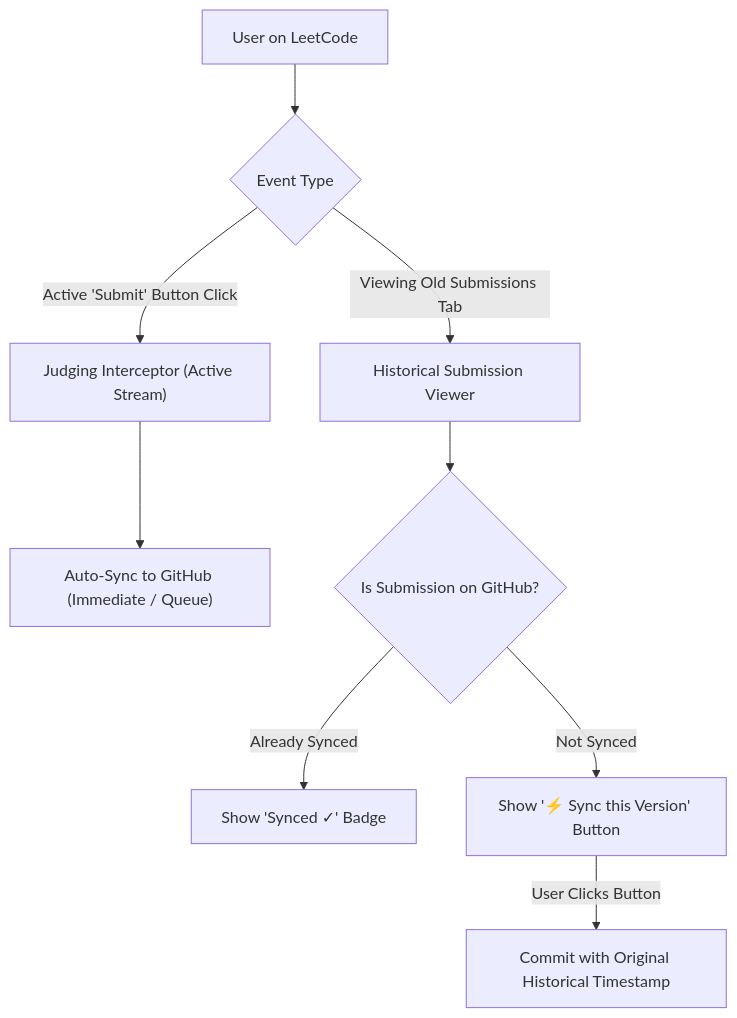
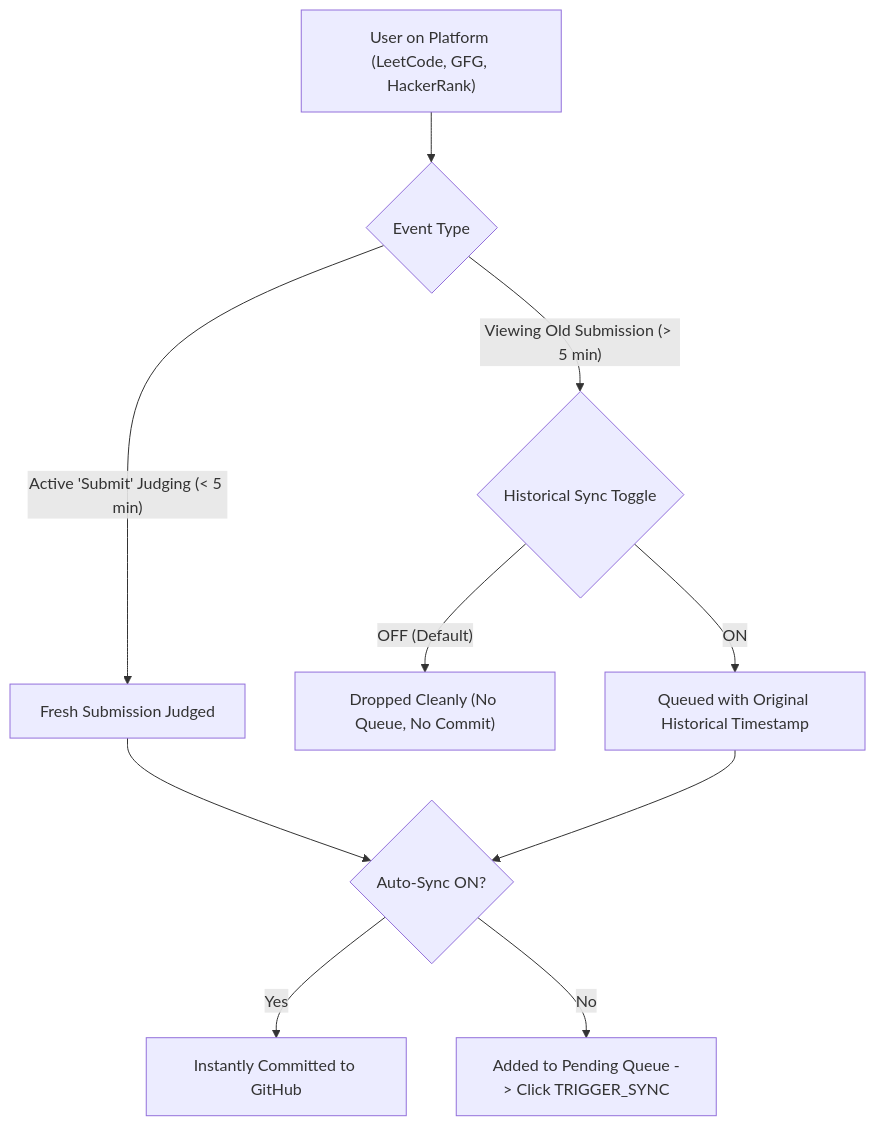
Before and after one commit to pardeep1916P/codeSync: the diagram in docs/solutions/architecture/feature-plan-historical-sync.md, drawn with Mermaid. The commit also changed other lines of this file and 18 other files, not shown here.

Commit message:
chore(release): bump version to 1.2.0 and add historical submissions sync with shadcn switches

````diff
--- a/docs/solutions/architecture/feature-plan-historical-sync.md
+++ b/docs/solutions/architecture/feature-plan-historical-sync.md
@@ -14,13 +12,14 @@
 ```mermaid
 flowchart TD
-    A["User on LeetCode"] --> B{"Event Type"}
+    A["User on Platform (LeetCode, GFG, HackerRank)"] --> B{"Event Type"}
     
-    B -->|"Active 'Submit' Button Click"| C["Judging Interceptor (Active Stream)"]
-    C --> D["Auto-Sync to GitHub (Immediate / Queue)"]
+    B -->|"Active 'Submit' Judging (< 5 min)"| C["Fresh Submission Judged"]
+    C --> D{"Auto-Sync ON?"}
+    D -->|"Yes"| E["Instantly Committed to GitHub"]
+    D -->|"No"| F["Added to Pending Queue -> Click TRIGGER_SYNC"]
     
-    B -->|"Viewing Old Submissions Tab"| E["Historical Submission Viewer"]
-    E --> F{"Is Submission on GitHub?"}
-    F -->|"Already Synced"| G["Show 'Synced ✓' Badge"]
-    F -->|"Not Synced"| H["Show '⚡ Sync this Version' Button"]
-    H -->|"User Clicks Button"| I["Commit with Original Historical Timestamp"]
+    B -->|"Viewing Old Submission (> 5 min)"| G{"Historical Sync Toggle"}
+    G -->|"OFF (Default)"| H["Dropped Cleanly (No Queue, No Commit)"]
+    G -->|"ON"| I["Queued with Original Historical Timestamp"]
+    I --> D
 ```
````
